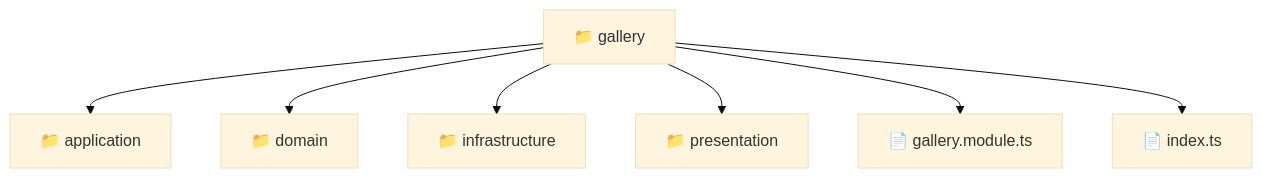
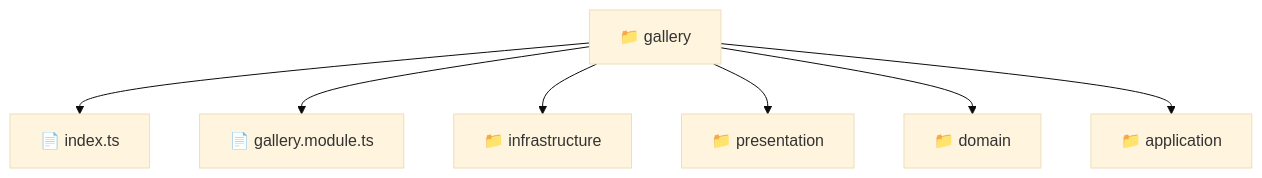
One commit to beginwebdev2002/fullstack-mavluda changed the diagram in backend/src/modules/gallery/README.md. Above: the diagram before and after it, drawn with Mermaid (base theme). The commit also changed other lines of this file and 164 other files, not shown here.

First line of the commit message:
docs: generate robust autonomous architectural documentation

````diff
--- a/backend/src/modules/gallery/README.md
+++ b/backend/src/modules/gallery/README.md
@@ -9,10 +11,10 @@
 ```mermaid
 graph TD
-  Root["📁 gallery"]
-  Root --> application["📁 application"]
-  Root --> domain["📁 domain"]
-  Root --> infrastructure["📁 infrastructure"]
-  Root --> presentation["📁 presentation"]
-  Root --> gallery_module_ts["📄 gallery.module.ts"]
-  Root --> index_ts["📄 index.ts"]
+    f_gallery["📁 gallery"]
+    f_gallery --> f_index_ts["📄 index.ts"]
+    f_gallery --> f_gallery_module_ts["📄 gallery.module.ts"]
+    f_gallery --> f_infrastructure["📁 infrastructure"]
+    f_gallery --> f_presentation["📁 presentation"]
+    f_gallery --> f_domain["📁 domain"]
+    f_gallery --> f_application["📁 application"]
 ```
````
